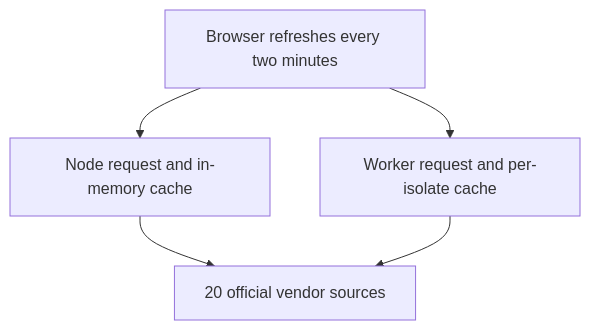
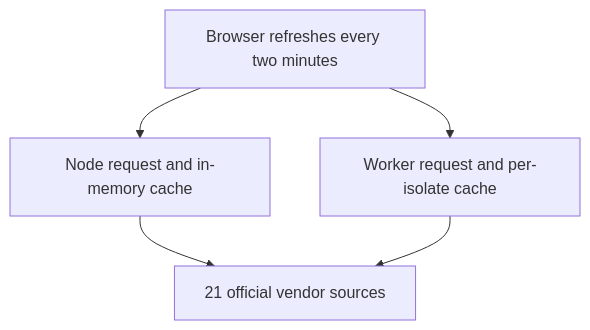
One commit to greenblacked/status-page changed the diagram in README.md. Above: the diagram before and after it, drawn with Mermaid. The commit also changed other lines of this file and 37 other files, not shown here.

````diff
--- a/README.md
+++ b/README.md
@@ -149,11 +150,11 @@
 ```mermaid
 flowchart TB
-  vendors["20 official vendor sources"]
+  vendors["21 official vendor sources"]
   node["Node request and in-memory cache"]
   worker["Worker request and per-isolate cache"]
   browser["Browser refreshes every two minutes"]
   browser --> node
   browser --> worker
   node --> vendors
   worker --> vendors
 ```
````
